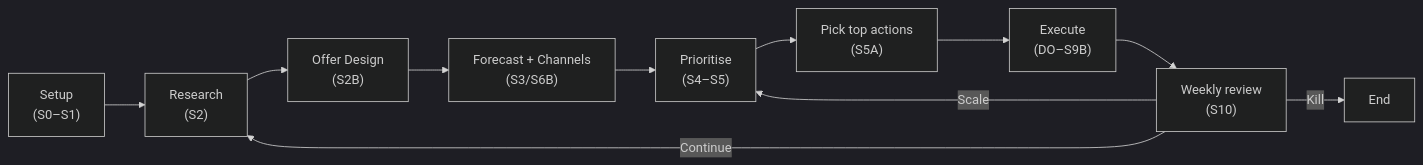
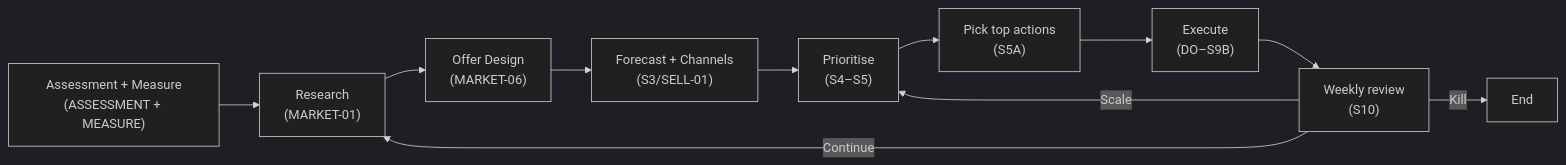
The first of 2 diagrams in docs/business-os/startup-loop-workflow.user.md (PeterCowling/base-shop), drawn with Mermaid (dark theme) before and after one commit. The commit also changed other lines of this file and 549 other files, not shown here.

````diff
--- a/docs/business-os/startup-loop-workflow.user.md
+++ b/docs/business-os/startup-loop-workflow.user.md
@@ -59,24 +63,24 @@
 ```mermaid
 flowchart LR
-    N1["Setup\n(S0–S1)"]
-    N2["Research\n(S2)"]
-    N3["Offer Design\n(S2B)"]
-    N4["Forecast + Channels\n(S3/S6B)"]
+    N1["Assessment + Measure\n(ASSESSMENT + MEASURE)"]
+    N2["Research\n(MARKET-01)"]
+    N3["Offer Design\n(MARKET-06)"]
+    N4["Forecast + Channels\n(S3/SELL-01)"]
     N5["Prioritise\n(S4–S5)"]
     N6["Pick top actions\n(S5A)"]
     N7["Execute\n(DO–S9B)"]
     N8["Weekly review\n(S10)"]
     NEND["End"]
 
     N1 --> N2
     N2 --> N3
     N3 --> N4
     N4 --> N5
     N5 --> N6
     N6 --> N7
     N7 --> N8
 
     N8 -->|Continue| N2
     N8 -->|Scale| N5
     N8 -->|Kill| NEND
 ```
````
